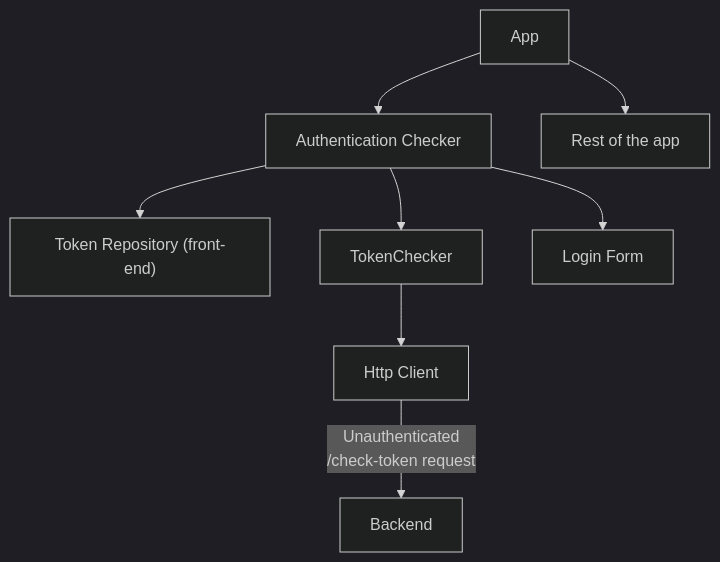
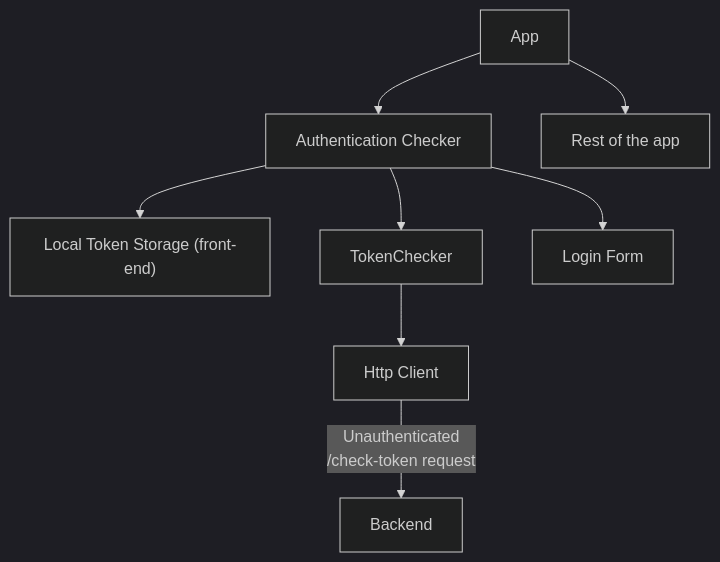
One commit to GautierBlandin/context-gpt changed the seventh of 7 diagrams in design-docs/001-simple-authentication.md. Above: the diagram before and after it, drawn with Mermaid (dark theme). The commit also changed other lines of this file, not shown here.

````diff
--- a/design-docs/001-simple-authentication.md
+++ b/design-docs/001-simple-authentication.md
@@ -138,8 +138,8 @@
 ```mermaid
 graph TD
   App --> AuthenticationChecker[Authentication Checker]
   App --> RestOfTheApp[Rest of the app]
-  AuthenticationChecker --> TokenRepository["Token Repository (front-end)"]
+  AuthenticationChecker --> LocalTokenStorage["Local Token Storage (front-end)"]
   AuthenticationChecker --> TokenChecker --> HttpClient[Http Client] --Unauthenticated \n /check-token request--> Backend[Backend]
   AuthenticationChecker --> LoginForm[Login Form]
 ```
````
